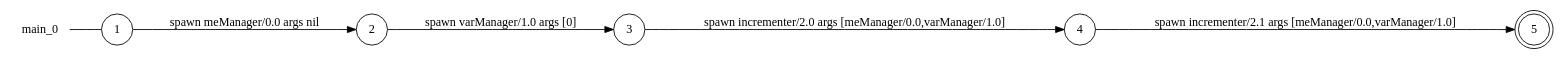
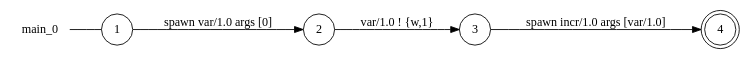
The diagram in examples/cauder_suite/meViolation/main_0_local_view.dot (gabrielegenovese/chorer), drawn with Graphviz before and after one commit. The commit also changed 10 other files, not shown here.

```diff
--- a/examples/cauder_suite/meViolation/main_0_local_view.dot
+++ b/examples/cauder_suite/meViolation/main_0_local_view.dot
@@ -1,15 +1,13 @@
 digraph main_0 {
 	rankdir="LR";
 	n_0 [label="main_0", shape="plaintext"];
 	n_1 [id="1", shape=circle, label="1"];
 	n_0 -> n_1 [arrowhead=none];
-	n_2 [id="4", shape=doublecircle, label="5"];
-	n_3 [id="3", shape=circle, label="4"];
+	n_2 [id="4", shape=circle, label="3"];
+	n_3 [id="3", shape=doublecircle, label="4"];
 	n_4 [id="2", shape=circle, label="2"];
-	n_5 [id="5", shape=circle, label="3"];
 
-	n_1 -> n_4 [id="[$e|3]", label="spawn meManager/0.0 args nil"];
-	n_4 -> n_5 [id="[$e|2]", label="spawn varManager/1.0 args [0]"];
-	n_5 -> n_3 [id="[$e|0]", label="spawn incrementer/2.0 args [meManager/0.0,varManager/1.0]"];
-	n_3 -> n_2 [id="[$e|1]", label="spawn incrementer/2.1 args [meManager/0.0,varManager/1.0]"];
+	n_4 -> n_2 [id="[$e|2]", label="var/1.0 ! {w,1}"];
+	n_2 -> n_3 [id="[$e|1]", label="spawn incr/1.0 args [var/1.0]"];
+	n_1 -> n_4 [id="[$e|0]", label="spawn var/1.0 args [0]"];
 }
```
